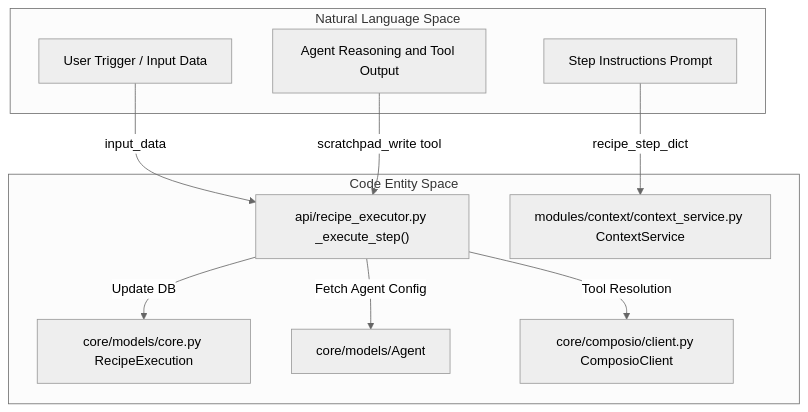
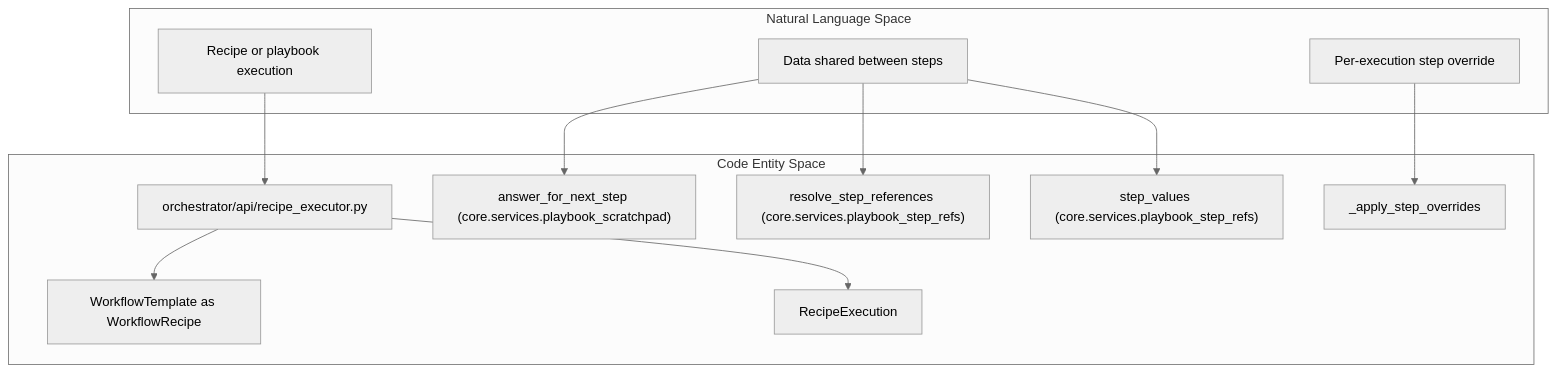
One commit to AutomatosAI/automatos-ai changed the first of 2 diagrams in docs/workflows-recipes/recipe-scratchpad.md. Above: the diagram before and after it, drawn with Mermaid (neutral theme). The commit also changed other lines of this file and 188 other files, not shown here.

First line of the commit message:
docs: refresh architecture docs and add coverage for new subsystems (#1416)

````diff
--- a/docs/workflows-recipes/recipe-scratchpad.md
+++ b/docs/workflows-recipes/recipe-scratchpad.md
@@ -49,23 +58,26 @@
 ```mermaid
 graph TD
     subgraph "Natural Language Space"
-        UserTrigger["User Trigger / Input Data"]
-        StepInstruction["Step Instructions Prompt"]
-        AgentReasoning["Agent Reasoning and Tool Output"]
+        Recipe["Recipe or playbook execution"]
+        StepData["Data shared between steps"]
+        RerunTweak["Per-execution step override"]
     end
 
     subgraph "Code Entity Space"
-        Executor["api/recipe_executor.py _execute_step()"]
-        RecipeModel["core/models/core.py RecipeExecution"]
-        AgentModel["core/models/Agent"]
-        ContextSvc["modules/context/context_service.py ContextService"]
-        ComposioSvc["core/composio/client.py ComposioClient"]
+        Executor["orchestrator/api/recipe_executor.py"]
+        RecipeModel["WorkflowTemplate as WorkflowRecipe"]
+        ExecutionModel["RecipeExecution"]
+        ScratchpadHelper["answer_for_next_step (core.services.playbook_scratchpad)"]
+        ReferenceHelpers["resolve_step_references (core.services.playbook_step_refs)"]
+        StepValuesHelper["step_values (core.services.playbook_step_refs)"]
+        OverrideHelper["_apply_step_overrides"]
     end
 
-    UserTrigger -->|"input_data"| Executor
-    StepInstruction -->|"recipe_step_dict"| ContextSvc
-    AgentReasoning -->|"scratchpad_write tool"| Executor
-    Executor -->|"Update DB"| RecipeModel
-    Executor -->|"Fetch Agent Config"| AgentModel
-    Executor -->|"Tool Resolution"| ComposioSvc
+    Recipe --> Executor
+    Executor --> RecipeModel
+    Executor --> ExecutionModel
+    StepData --> ScratchpadHelper
+    StepData --> ReferenceHelpers
+    StepData --> StepValuesHelper
+    RerunTweak --> OverrideHelper
 ```
````
